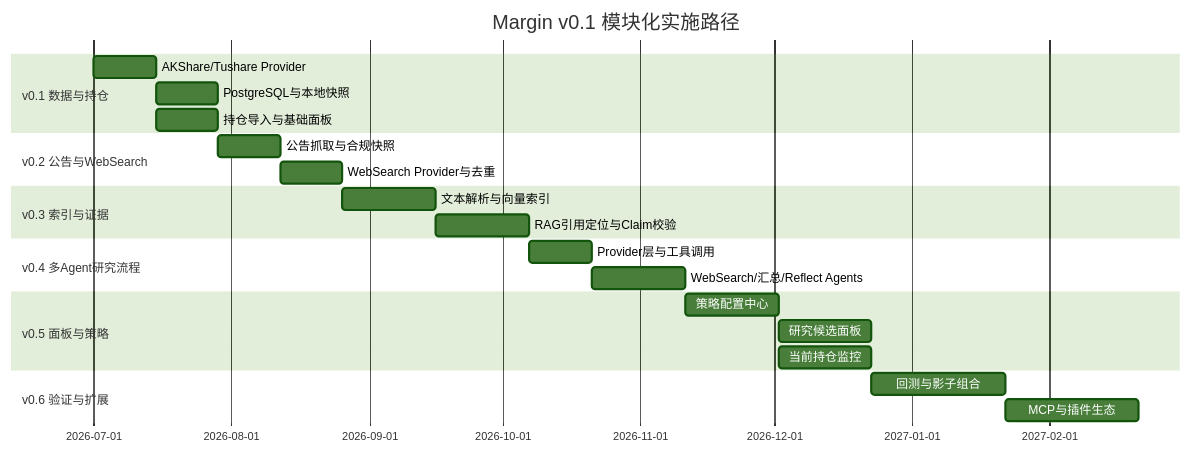
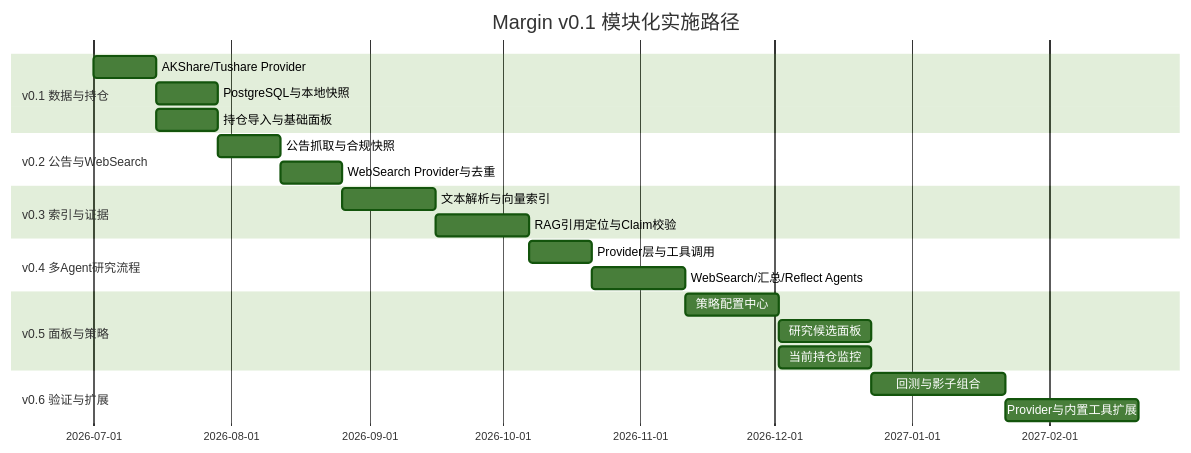
Before and after one commit to RickyW0529/Margin: diagram 14 of 14 in docs/design/v0.1/product/Margin_产品设计_v0.1_中文.md, drawn with Mermaid (forest theme). The commit also changed other lines of this file and 64 other files, not shown here.

````diff
--- a/docs/design/v0.1/product/Margin_产品设计_v0.1_中文.md
+++ b/docs/design/v0.1/product/Margin_产品设计_v0.1_中文.md
@@ -795,25 +795,25 @@
 ```mermaid
 gantt
     title Margin v0.1 模块化实施路径
     dateFormat YYYY-MM-DD
     section v0.1 数据与持仓
     AKShare/Tushare Provider       :a1, 2026-07-01, 14d
     PostgreSQL与本地快照            :a2, after a1, 14d
     持仓导入与基础面板              :a3, after a1, 14d
     section v0.2 公告与WebSearch
     公告抓取与合规快照              :b1, after a2, 14d
     WebSearch Provider与去重        :b2, after b1, 14d
     section v0.3 索引与证据
     文本解析与向量索引              :c1, after b2, 21d
     RAG引用定位与Claim校验          :c2, after c1, 21d
     section v0.4 多Agent研究流程
     Provider层与工具调用            :d1, after c2, 14d
     WebSearch/汇总/Reflect Agents   :d2, after d1, 21d
     section v0.5 面板与策略
     策略配置中心                    :e1, after d2, 21d
     研究候选面板                    :e2, after e1, 21d
     当前持仓监控                    :e3, after e1, 21d
     section v0.6 验证与扩展
     回测与影子组合                  :f1, after e2, 30d
-    MCP与插件生态                   :f2, after f1, 30d
+    Provider与内置工具扩展           :f2, after f1, 30d
 ```
````
